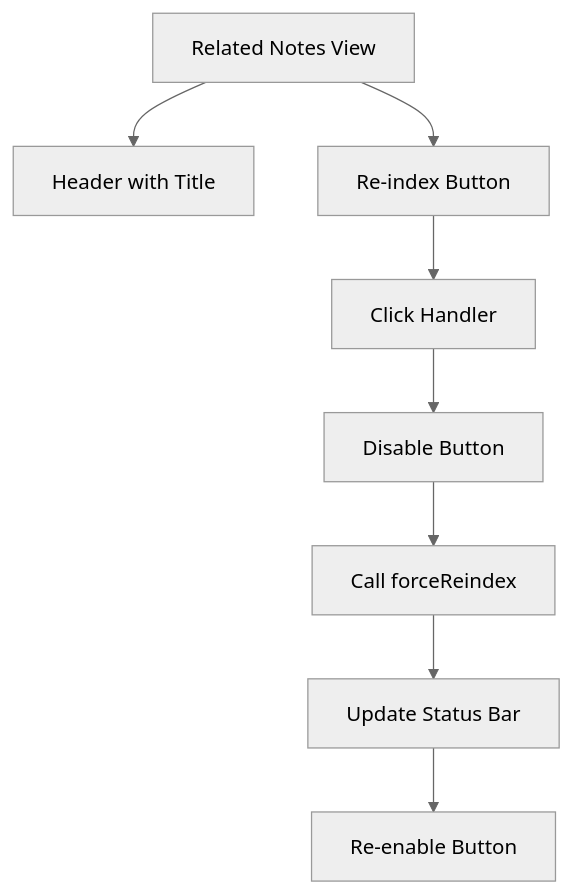
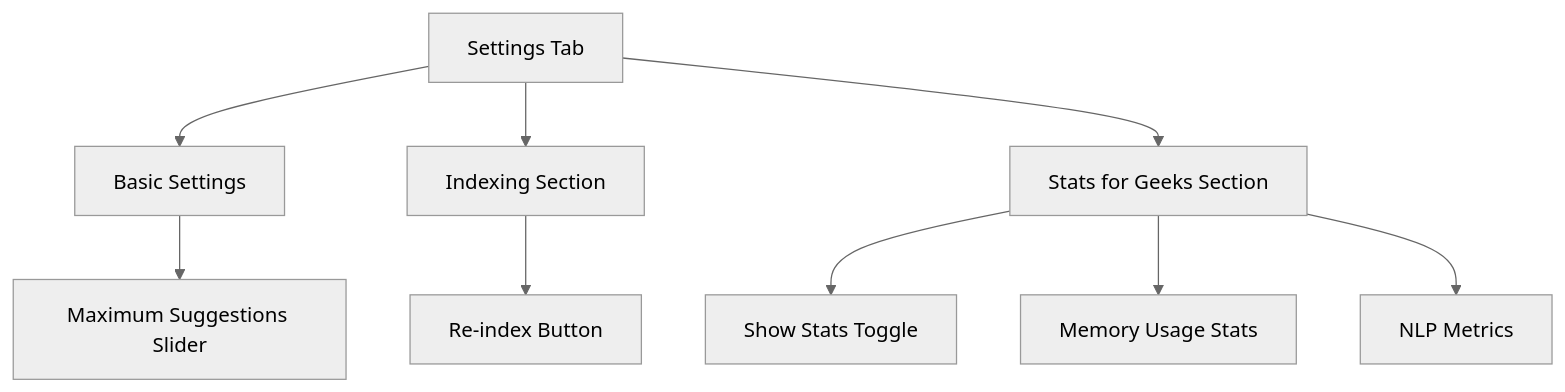
Before and after one commit to mrboxtobox/obsidian-related-notes: the ninth of 9 diagrams in LLM.md, drawn with Mermaid (neutral theme). The commit also changed other lines of this file and 5 other files, not shown here.

Commit message:
feat: settings tab

````diff
--- a/LLM.md
+++ b/LLM.md
@@ -305,10 +327,11 @@
    ```mermaid
    graph TD
-      A[Related Notes View] --> B[Header with Title]
-      A --> C[Re-index Button]
-      C --> D[Click Handler]
-      D --> E[Disable Button]
-      E --> F[Call forceReindex]
-      F --> G[Update Status Bar]
-      G --> H[Re-enable Button]
+      A[Settings Tab] --> B[Basic Settings]
+      A --> C[Indexing Section]
+      A --> D[Stats for Geeks Section]
+      B --> F[Maximum Suggestions Slider]
+      C --> G[Re-index Button]
+      D --> H[Show Stats Toggle]
+      D --> I[Memory Usage Stats]
+      D --> J[NLP Metrics]
    ```
````
